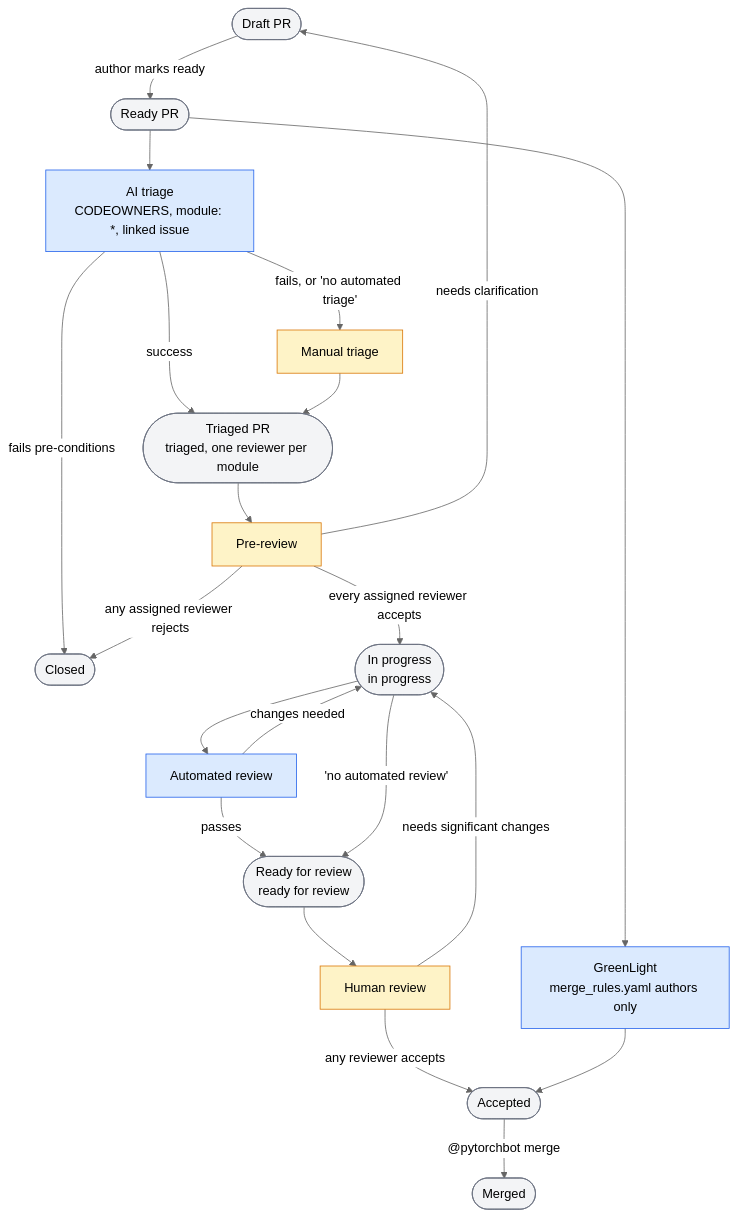
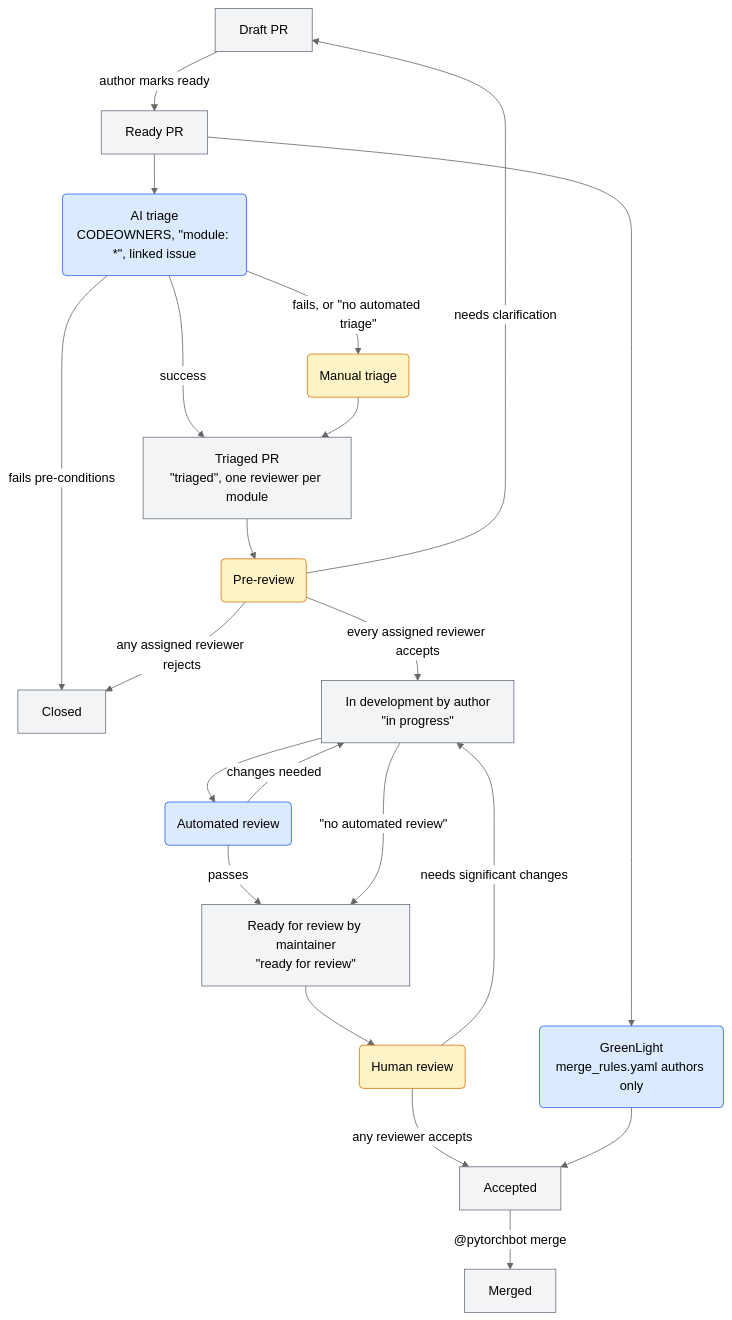
The second of 2 diagrams in CONTRIBUTING.md (pytorch/pytorch), drawn with Mermaid (neutral theme) before and after one commit. The commit also changed other lines of this file and 1 other file, not shown here.

Commit message:
Address second round of review on the workflow docs
Pre-review is now handled by pytorchbot: drop it from the Current status
table and document how to accept it (thumbs-up on the PR description or
`@pytorchbot pre-review accept`). Add example triage, pre-review and review
queues to the maintainer expectations, make rectangles states and rounded
boxes processes in the lifecycle diagrams, and quote label names there.

Test Plan:

```
spin lint
npx markdown-toc@1.2.0 --bullets='-' -i /tmp/c.md  # copy of CONTRIBUTING.md, no diff
node check.mjs d0.mmd d1.mmd  # mermaid.parse on both diagrams
```

This change was authored with an AI assistant (Claude Code).

````diff
--- a/CONTRIBUTING.md
+++ b/CONTRIBUTING.md
@@ -145,26 +144,26 @@
 ```mermaid
 flowchart TD
-    draft([Draft PR]) -- author marks ready --> ready([Ready PR])
-    ready --> ai["AI triage<br/>CODEOWNERS, module: *, linked issue"]
-    ai -- fails pre-conditions --> closed([Closed])
-    ai -- success --> triaged(["Triaged PR<br/>triaged, one reviewer per module"])
-    ai -- "fails, or 'no automated triage'" --> htriage[Manual triage] --> triaged
-    triaged --> pre[Pre-review]
+    draft[Draft PR] -- author marks ready --> ready[Ready PR]
+    ready --> ai("AI triage<br/>CODEOWNERS, #quot;module: *#quot;, linked issue")
+    ai -- fails pre-conditions --> closed[Closed]
+    ai -- success --> triaged["Triaged PR<br/>#quot;triaged#quot;, one reviewer per module"]
+    ai -- "fails, or #quot;no automated triage#quot;" --> htriage(Manual triage) --> triaged
+    triaged --> pre(Pre-review)
     pre -- any assigned reviewer rejects --> closed
     pre -- needs clarification --> draft
-    pre -- every assigned reviewer accepts --> dev(["In progress<br/>in progress"])
-    dev --> auto[Automated review] -- passes --> rfr(["Ready for review<br/>ready for review"])
+    pre -- every assigned reviewer accepts --> dev["In development by author<br/>#quot;in progress#quot;"]
+    dev --> auto(Automated review) -- passes --> rfr["Ready for review by maintainer<br/>#quot;ready for review#quot;"]
     auto -- changes needed --> dev
-    dev -- "'no automated review'" --> rfr
-    rfr --> review[Human review]
+    dev -- "#quot;no automated review#quot;" --> rfr
+    rfr --> review(Human review)
     review -- needs significant changes --> dev
-    review -- any reviewer accepts --> accepted([Accepted])
-    ready --> gl["GreenLight<br/>merge_rules.yaml authors only"] --> accepted
-    accepted -- "@pytorchbot merge" --> merged([Merged])
+    review -- any reviewer accepts --> accepted[Accepted]
+    ready --> gl("GreenLight<br/>merge_rules.yaml authors only") --> accepted
+    accepted -- "@pytorchbot merge" --> merged[Merged]
     classDef state fill:#f3f4f6,stroke:#6b7280,color:#000
     classDef aiproc fill:#dbeafe,stroke:#2563eb,color:#000
     classDef humanproc fill:#fef3c7,stroke:#d97706,color:#000
     class draft,ready,closed,triaged,dev,rfr,accepted,merged state
     class ai,auto,gl aiproc
     class htriage,pre,review humanproc
 ```
````
